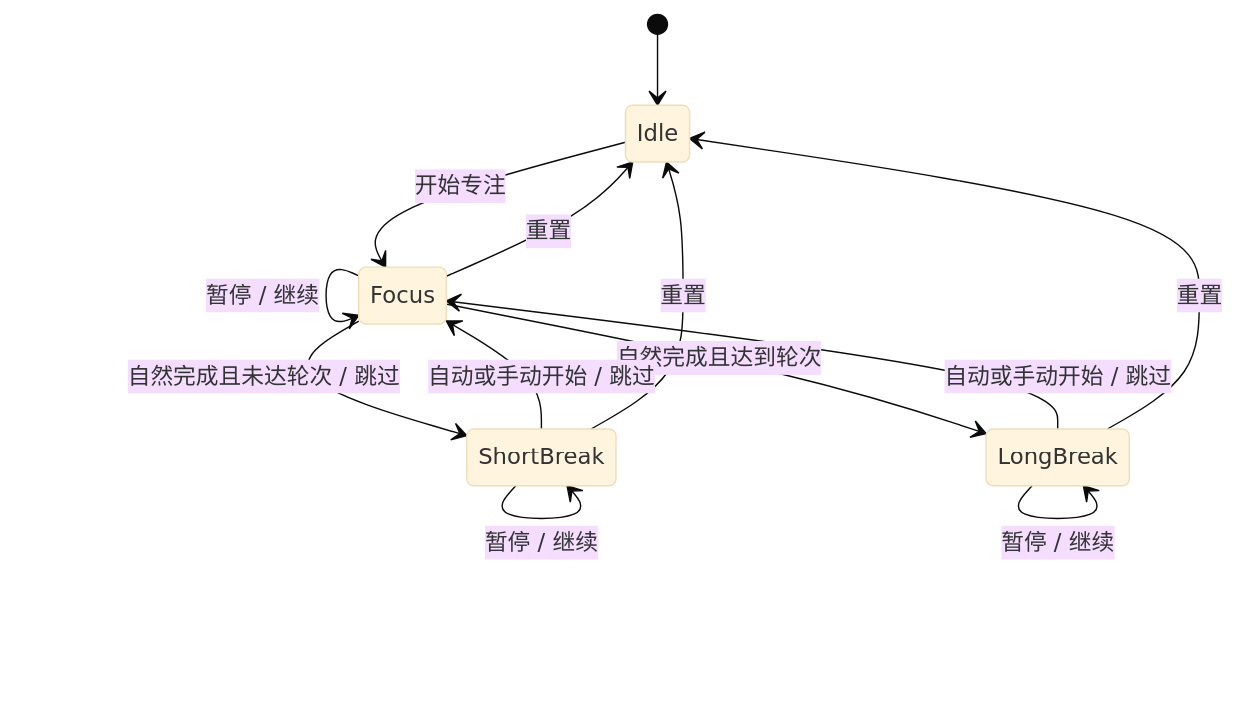
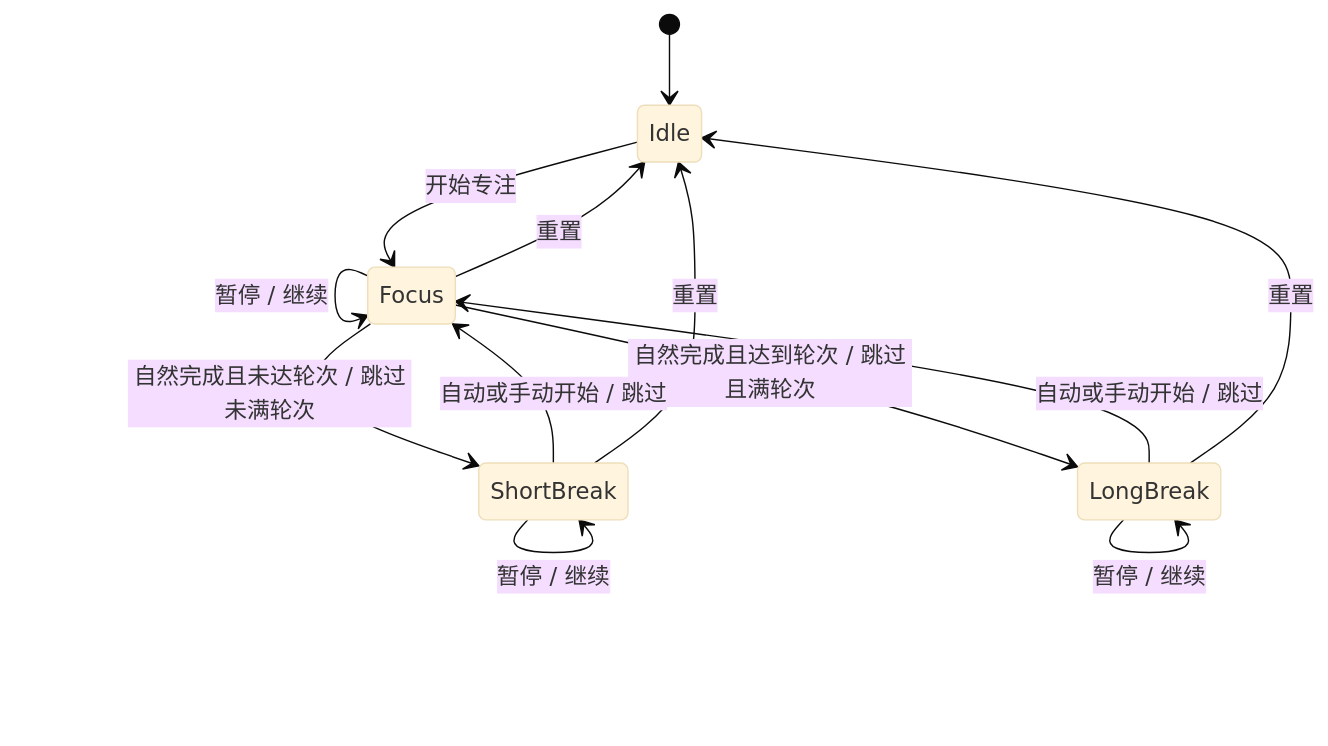
The second of 3 diagrams in docs/开心桌宠-设计文档.md (TailMonth/Kaixin), drawn with Mermaid (base theme) before and after one commit. The commit also changed other lines of this file and 16 other files, not shown here.

````diff
--- a/docs/开心桌宠-设计文档.md
+++ b/docs/开心桌宠-设计文档.md
@@ -532,15 +534,15 @@
 ```mermaid
 stateDiagram-v2
     [*] --> Idle
     Idle --> Focus: 开始专注
     Focus --> Focus: 暂停 / 继续
-    Focus --> ShortBreak: 自然完成且未达轮次 / 跳过
-    Focus --> LongBreak: 自然完成且达到轮次
+    Focus --> ShortBreak: 自然完成且未达轮次 / 跳过未满轮次
+    Focus --> LongBreak: 自然完成且达到轮次 / 跳过且满轮次
     Focus --> Idle: 重置
     ShortBreak --> ShortBreak: 暂停 / 继续
     LongBreak --> LongBreak: 暂停 / 继续
     ShortBreak --> Focus: 自动或手动开始 / 跳过
     LongBreak --> Focus: 自动或手动开始 / 跳过
     ShortBreak --> Idle: 重置
     LongBreak --> Idle: 重置
 ```
````
